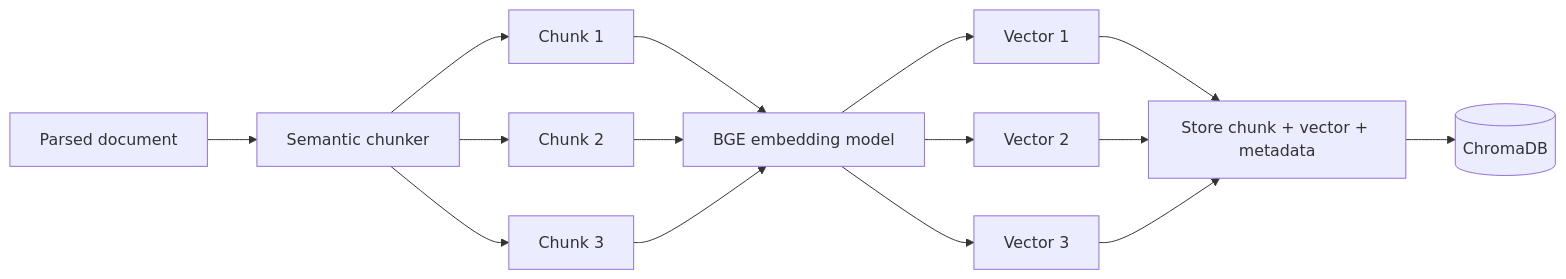
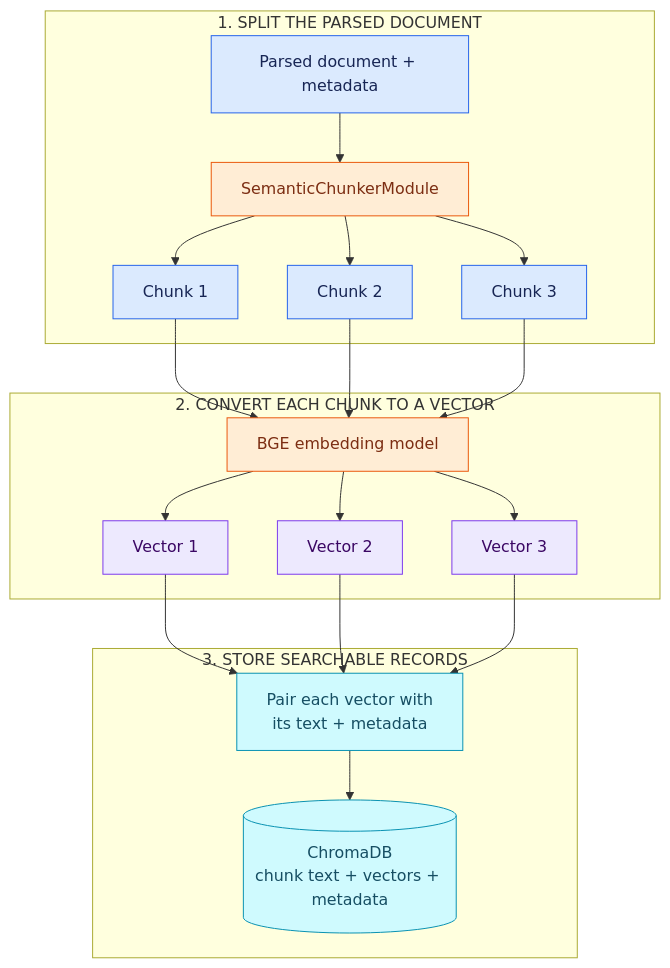
One commit to pratik-0302/job_description_agent changed the ninth of 15 diagrams in README.md. Above: the diagram before and after it, drawn with Mermaid. The commit also changed other lines of this file, not shown here.

Commit message:
docs: standardize README diagrams with staged architecture flows

````diff
--- a/README.md
+++ b/README.md
@@ -649,17 +764,34 @@
 ```mermaid
-flowchart LR
-    A["Parsed document"] --> B["Semantic chunker"]
-    B --> C1["Chunk 1"]
-    B --> C2["Chunk 2"]
-    B --> C3["Chunk 3"]
-    C1 --> D["BGE embedding model"]
-    C2 --> D
-    C3 --> D
-    D --> E1["Vector 1"]
-    D --> E2["Vector 2"]
-    D --> E3["Vector 3"]
-    E1 --> F["Store chunk + vector + metadata"]
-    E2 --> F
-    E3 --> F
-    F --> G[("ChromaDB")]
+flowchart TB
+    subgraph CHUNKING["1. SPLIT THE PARSED DOCUMENT"]
+        DOC["Parsed document + metadata"] --> CHUNKER["SemanticChunkerModule"]
+        CHUNKER --> C1["Chunk 1"]
+        CHUNKER --> C2["Chunk 2"]
+        CHUNKER --> C3["Chunk 3"]
+    end
+
+    subgraph EMBEDDING["2. CONVERT EACH CHUNK TO A VECTOR"]
+        C1 --> MODEL["BGE embedding model"]
+        C2 --> MODEL
+        C3 --> MODEL
+        MODEL --> V1["Vector 1"]
+        MODEL --> V2["Vector 2"]
+        MODEL --> V3["Vector 3"]
+    end
+
+    subgraph STORAGE["3. STORE SEARCHABLE RECORDS"]
+        V1 --> RECORD["Pair each vector with<br/>its text + metadata"]
+        V2 --> RECORD
+        V3 --> RECORD
+        RECORD --> DB[("ChromaDB<br/>chunk text + vectors + metadata")]
+    end
+
+    classDef input fill:#dbeafe,stroke:#2563eb,color:#172554
+    classDef process fill:#ffedd5,stroke:#ea580c,color:#7c2d12
+    classDef vector fill:#ede9fe,stroke:#7c3aed,color:#3b0764
+    classDef storage fill:#cffafe,stroke:#0891b2,color:#164e63
+    class DOC,C1,C2,C3 input
+    class CHUNKER,MODEL process
+    class V1,V2,V3 vector
+    class RECORD,DB storage
 ```
````
